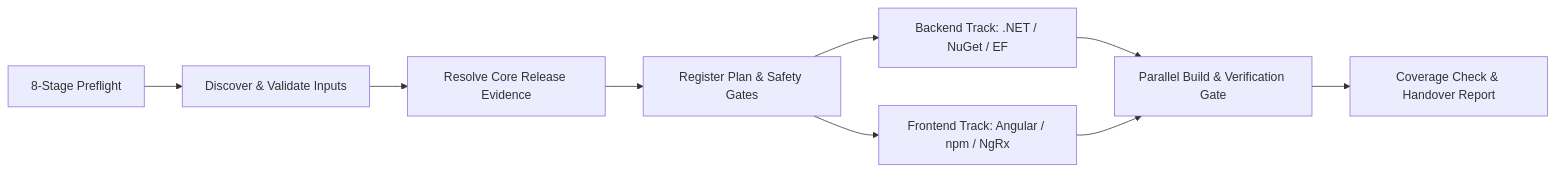
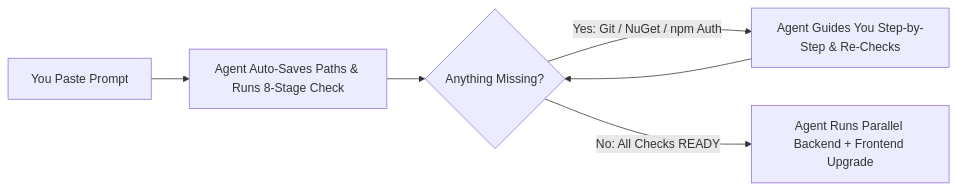
One commit to NamDinh0403/NGO-Core-Upgrade changed the diagram in README.md. Above: the diagram before and after it, drawn with Mermaid. The commit also changed other lines of this file and 5 other files, not shown here.

Commit message:
update correct flow

````diff
--- a/README.md
+++ b/README.md
@@ -263,11 +26,8 @@
 ```mermaid
 flowchart LR
-  P[8-Stage Preflight] --> A[Discover & Validate Inputs]
-  A --> B[Resolve Core Release Evidence]
-  B --> C[Register Plan & Safety Gates]
-  C --> D1[Backend Track: .NET / NuGet / EF]
-  C --> D2[Frontend Track: Angular / npm / NgRx]
-  D1 --> E[Parallel Build & Verification Gate]
-  D2 --> E
-  E --> F[Coverage Check & Handover Report]
+  A[You Paste Prompt] --> B[Agent Auto-Saves Paths & Runs 8-Stage Check]
+  B --> C{Anything Missing?}
+  C -- Yes: Git / NuGet / npm Auth --> D[Agent Guides You Step-by-Step & Re-Checks]
+  D --> C
+  C -- No: All Checks READY --> E[Agent Runs Parallel Backend + Frontend Upgrade]
 ```
````
